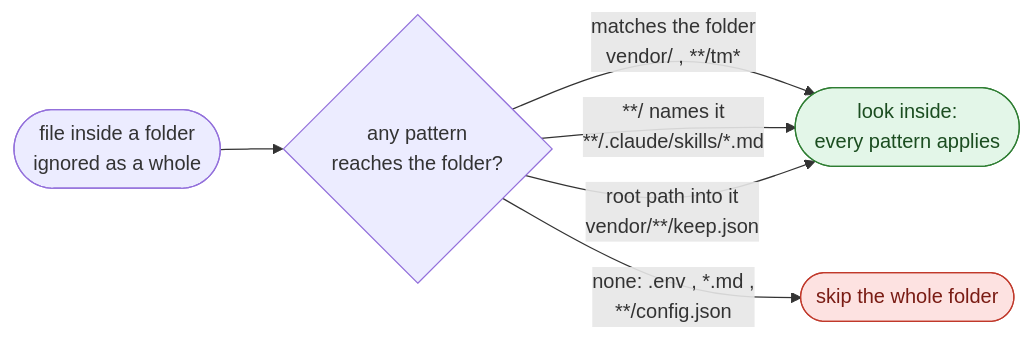
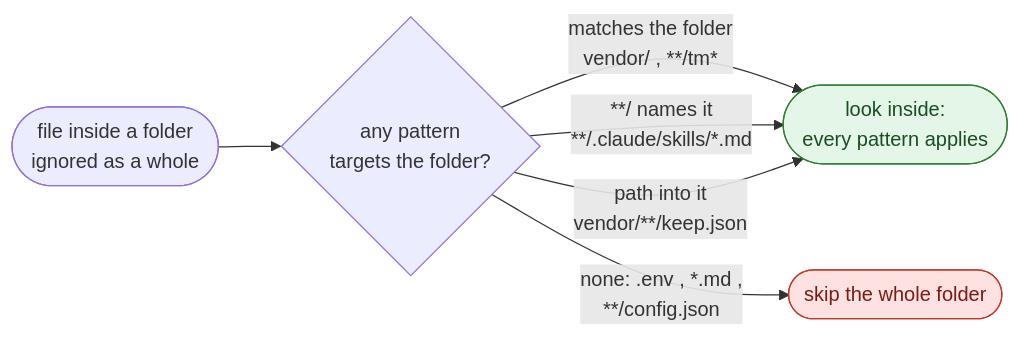
Before and after one commit to heyfirst/herdr-worktree-include: the third of 3 diagrams in CONTEXT.md, drawn with Mermaid. The commit also changed other lines of this file and 7 other files, not shown here.

````diff
--- a/CONTEXT.md
+++ b/CONTEXT.md
@@ -177,13 +178,13 @@
 ```mermaid
 flowchart LR
-    F([file inside a folder<br/>ignored as a whole]) --> Q{any pattern<br/>reaches the folder?}
+    F([file inside a folder<br/>ignored as a whole]) --> Q{any pattern<br/>targets the folder?}
     Q -- "matches the folder<br/>vendor/ , **/tm*" --> Y([look inside:<br/>every pattern applies])
     Q -- "**/ names it<br/>**/.claude/skills/*.md" --> Y
-    Q -- "root path into it<br/>vendor/**/keep.json" --> Y
+    Q -- "path into it<br/>vendor/**/keep.json" --> Y
     Q -- "none: .env , *.md ,<br/>**/config.json" --> N([skip the whole folder])
 
     classDef stop fill:#fde2e1,stroke:#c0392b,color:#7a1c14
     classDef done fill:#e3f6e8,stroke:#2e7d32,color:#1b4d20
     class N stop
     class Y done
 ```
````
